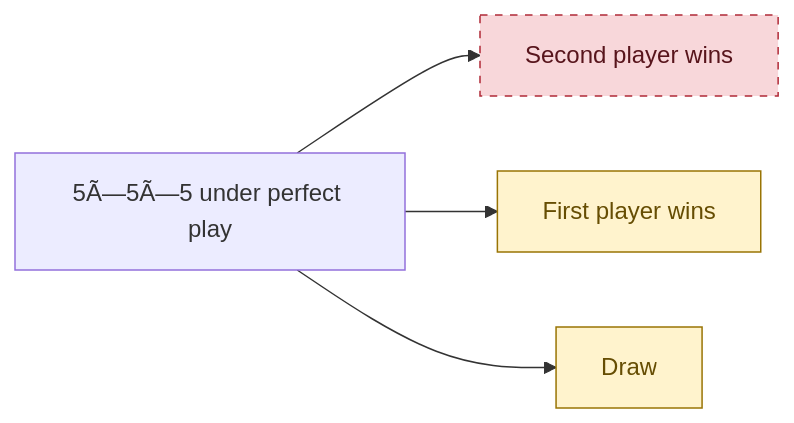
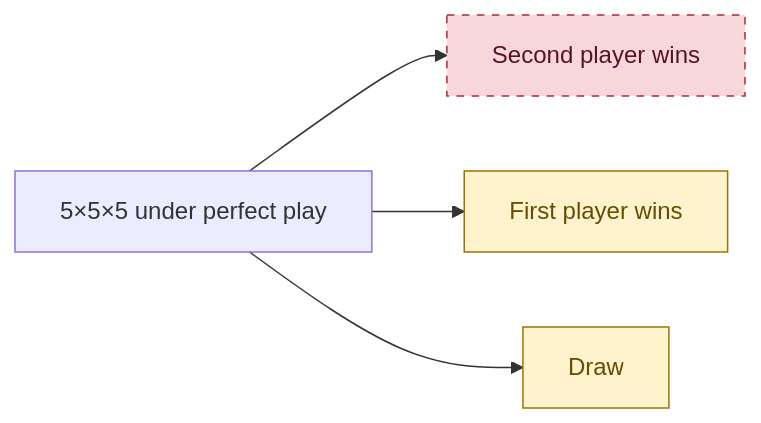
The first of 2 diagrams in README.md (TACITVS/Theorem_Prover_Formalization_of_Board_Games), drawn with Mermaid before and after one commit. The commit also changed other lines of this file and 2 other files, not shown here.

````diff
--- a/README.md
+++ b/README.md
@@ -39,11 +39,11 @@
 ```mermaid
 flowchart LR
-    A["5Ã—5Ã—5 under perfect play"] --> B["Second player wins"]
+    A["5×5×5 under perfect play"] --> B["Second player wins"]
     A --> C["First player wins"]
     A --> D["Draw"]
     B:::ruled
     C:::open
     D:::open
     classDef ruled fill:#f8d7da,stroke:#b02a37,color:#58151c,stroke-dasharray: 5 5
     classDef open fill:#fff3cd,stroke:#997404,color:#664d03
 ```
````
